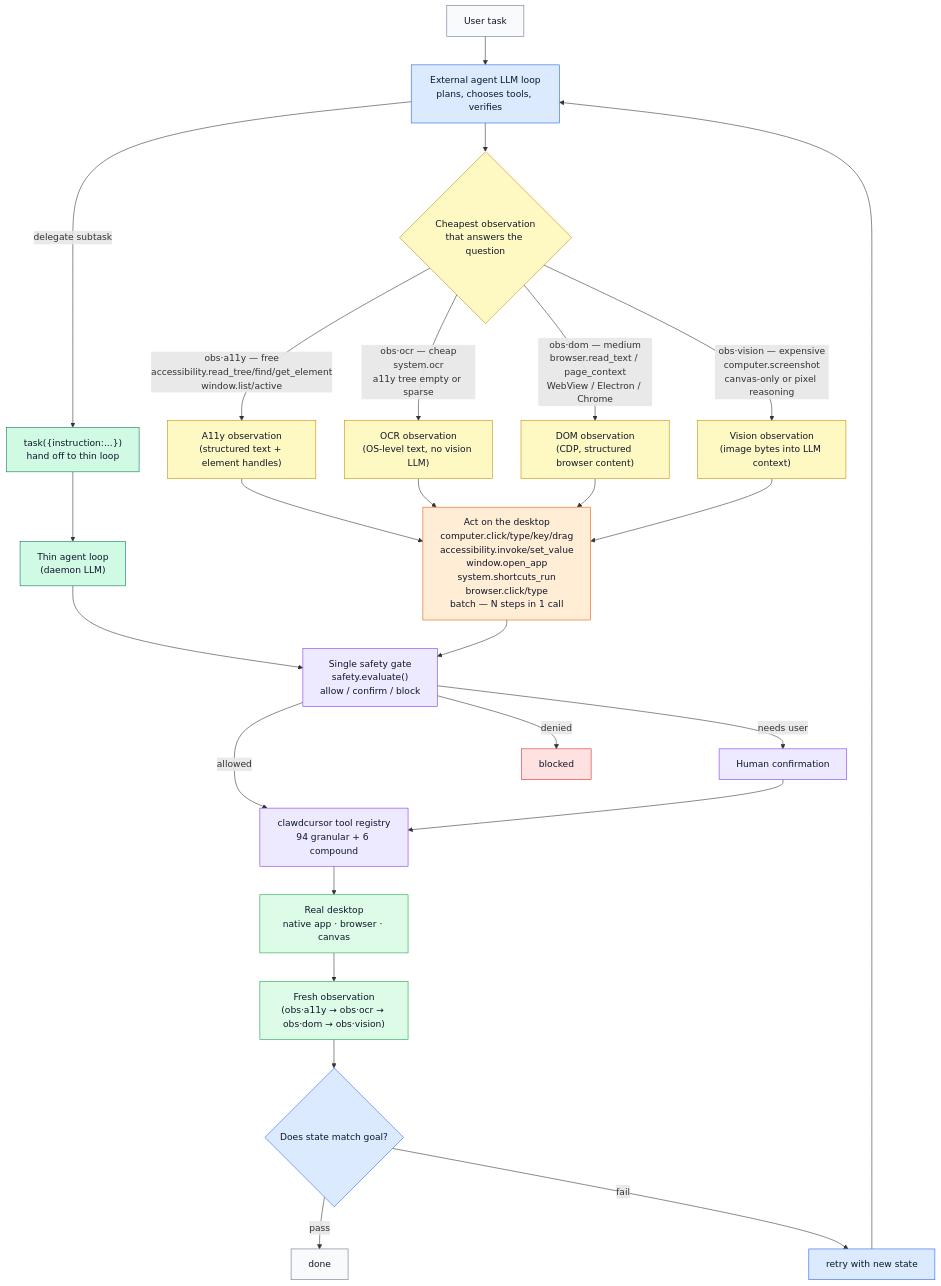
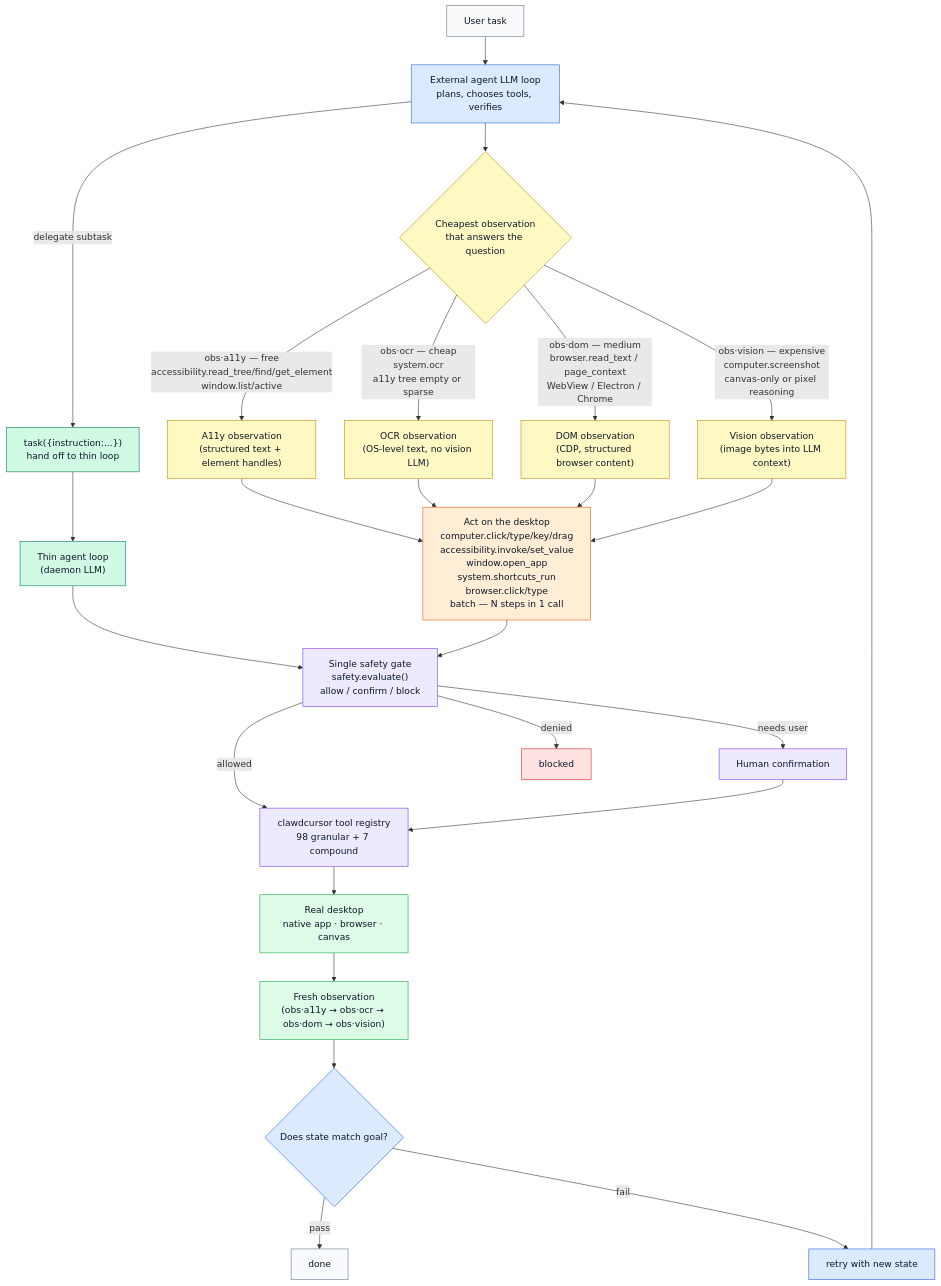
Before and after one commit to AmrDab/clawd-cursor: the diagram in README.md, drawn with Mermaid. The commit also changed other lines of this file and 7 other files, not shown here.

````diff
--- a/README.md
+++ b/README.md
@@ -191,51 +201,51 @@
 ```mermaid
 flowchart TB
     task["User task"] --> loop["External agent LLM loop<br/>plans, chooses tools, verifies"]
     loop --> observe{"Cheapest observation<br/>that answers the question"}
 
     observe -- "obs·a11y — free<br/>accessibility.read_tree/find/get_element<br/>window.list/active" --> a11y["A11y observation<br/>(structured text + element handles)"]
     observe -- "obs·ocr — cheap<br/>system.ocr<br/>a11y tree empty or sparse" --> ocr["OCR observation<br/>(OS-level text, no vision LLM)"]
     observe -- "obs·dom — medium<br/>browser.read_text / page_context<br/>WebView / Electron / Chrome" --> dom["DOM observation<br/>(CDP, structured browser content)"]
     observe -- "obs·vision — expensive<br/>computer.screenshot<br/>canvas-only or pixel reasoning" --> vision["Vision observation<br/>(image bytes into LLM context)"]
 
     a11y --> act
     ocr --> act
     dom --> act
     vision --> act
 
     loop -- "delegate subtask" --> handoff["task({instruction:...})<br/>hand off to thin loop"]
     handoff --> thinloop["Thin agent loop<br/>(daemon LLM)"]
     thinloop --> safety
 
     act["Act on the desktop<br/>computer.click/type/key/drag<br/>accessibility.invoke/set_value<br/>window.open_app<br/>system.shortcuts_run<br/>browser.click/type<br/>batch — N steps in 1 call"] --> safety
 
-    safety["Single safety gate<br/>safety.evaluate()<br/>allow / confirm / block"] -- allowed --> tools["clawdcursor tool registry<br/>94 granular + 6 compound"]
+    safety["Single safety gate<br/>safety.evaluate()<br/>allow / confirm / block"] -- allowed --> tools["clawdcursor tool registry<br/>98 granular + 7 compound"]
     safety -- needs user --> confirm["Human confirmation"] --> tools
     safety -- denied --> blocked["blocked"]
 
     tools --> desktop["Real desktop<br/>native app · browser · canvas"]
     desktop --> freshobs["Fresh observation<br/>(obs·a11y → obs·ocr → obs·dom → obs·vision)"]
     freshobs --> verify{"Does state match goal?"}
 
     verify -- pass --> done["done"]
     verify -- fail --> retry["retry with new state"]
     retry --> loop
 
     classDef input fill:#f8fafc,stroke:#64748b,color:#0f172a;
     classDef agentNode fill:#dbeafe,stroke:#2563eb,color:#0f172a;
     classDef gate fill:#ede9fe,stroke:#7c3aed,color:#0f172a;
     classDef desktopNode fill:#dcfce7,stroke:#16a34a,color:#0f172a;
     classDef obsNode fill:#fef9c3,stroke:#ca8a04,color:#0f172a;
     classDef actNode fill:#ffedd5,stroke:#ea580c,color:#0f172a;
     classDef handoffNode fill:#d1fae5,stroke:#047857,color:#0f172a;
     classDef stop fill:#fee2e2,stroke:#dc2626,color:#0f172a;
 
     class task,done input;
     class loop,verify,retry agentNode;
     class safety,confirm,tools gate;
     class desktop,freshobs desktopNode;
     class observe,a11y,ocr,dom,vision obsNode;
     class act actNode;
     class handoff,thinloop handoffNode;
     class blocked stop;
 ```
````
